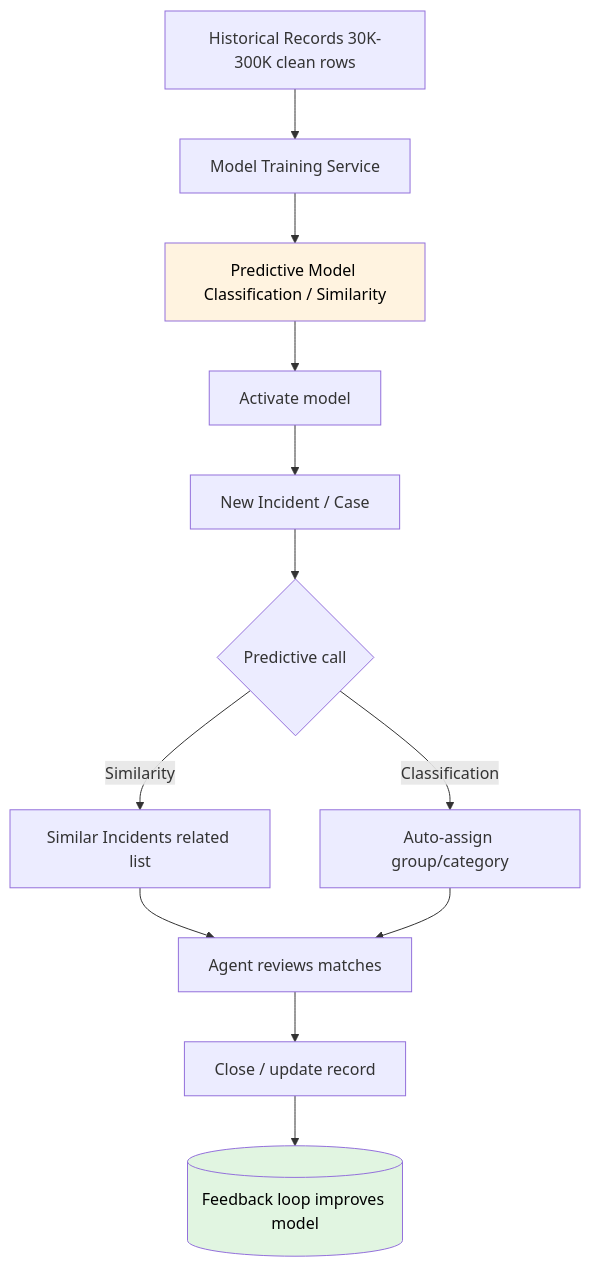
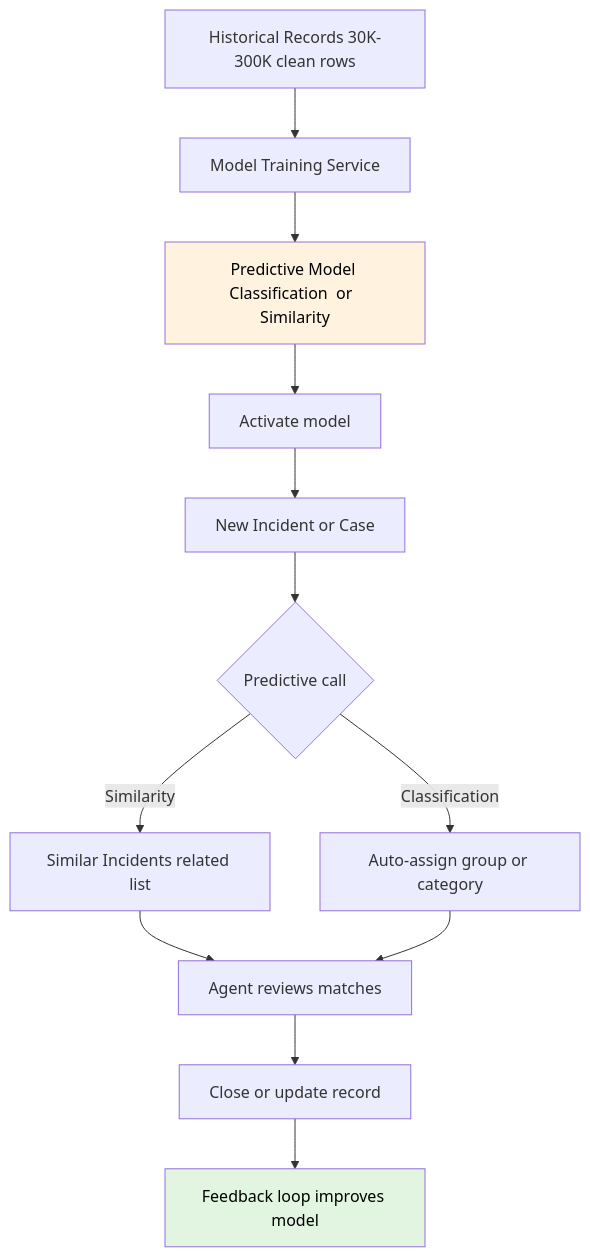
Before and after one commit to eltonaguiar/ServiceNow_Learning_TSOM-_CSM_FSM_SalesCRM_HAM_ITSM: the fourth of 6 diagrams in docs/modules/ai/ai-guide.md, drawn with Mermaid. The commit also changed other lines of this file and 19 other files, not shown here.

First line of the commit message:
Fix Mermaid diagram syntax errors - replace problematic chars in text content only

````diff
--- a/docs/modules/ai/ai-guide.md
+++ b/docs/modules/ai/ai-guide.md
@@ -1137,17 +1137,17 @@
 ```mermaid
 graph TD
     Hist[Historical Records 30K-300K clean rows] --> Train[Model Training Service]
-    Train --> Model[Predictive Model Classification / Similarity]
+    Train --> Model[Predictive Model Classification  or  Similarity]
     Model --> Deploy[Activate model]
-    Deploy --> New[New Incident / Case]
+    Deploy --> New[New Incident  or  Case]
     New --> Predict{Predictive call}
-    Predict -->|Classification| Assign[Auto-assign group/category]
+    Predict -->|Classification| Assign[Auto-assign group or category]
     Predict -->|Similarity| Sim[Similar Incidents related list]
     Sim --> Agent[Agent reviews matches]
     Assign --> Agent
-    Agent --> Close[Close / update record]
-    Close --> Feed[(Feedback loop improves model)]
+    Agent --> Close[Close  or  update record]
+    Close --> Feed[Feedback loop improves model]
 
     style Model fill:#fff3e0,color:#000
     style Feed fill:#e1f5e1,color:#000
 ```
````
